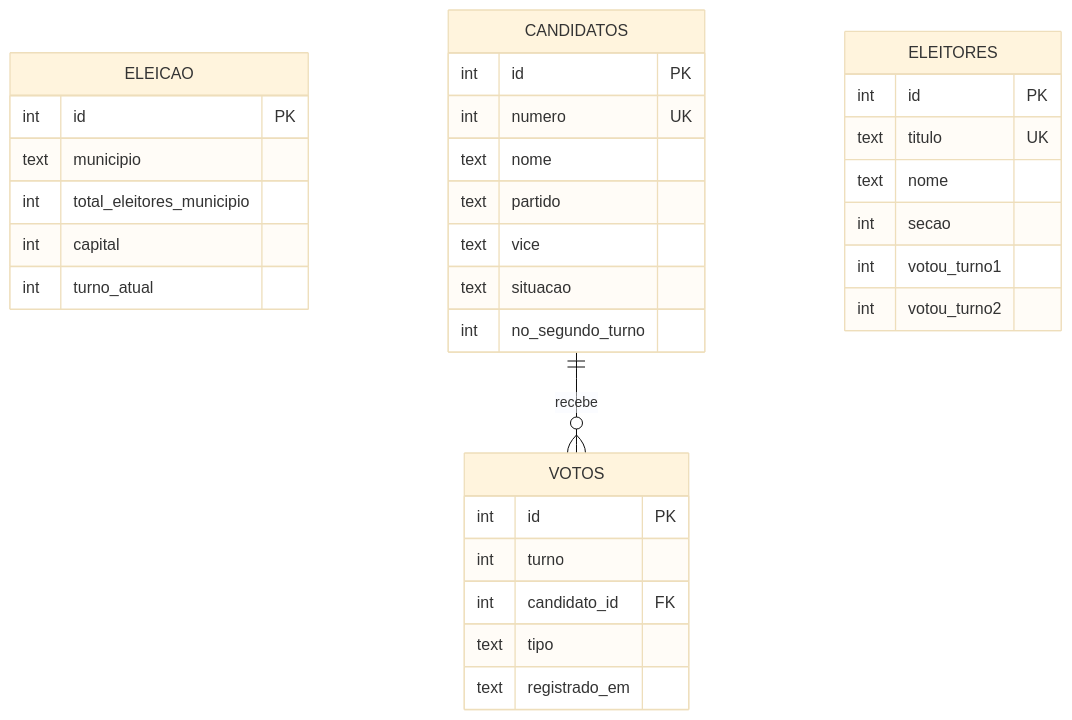
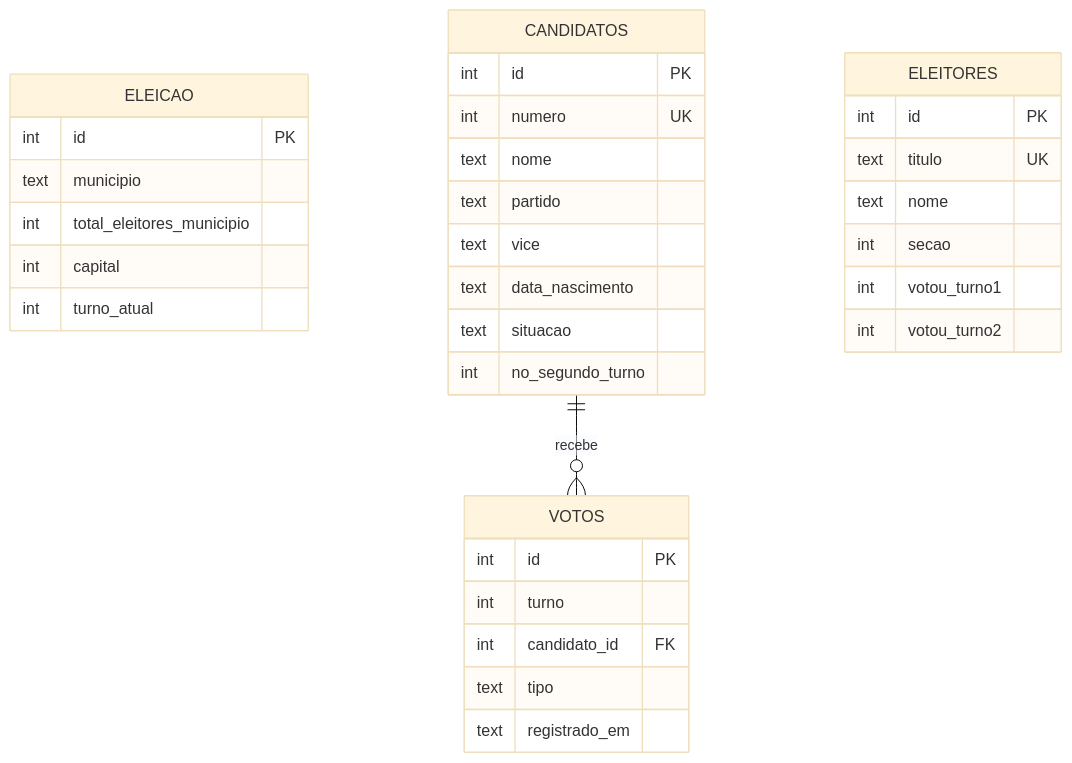
One commit to kauaxp77/Urna_eletronica changed the diagram in README.md. Above: the diagram before and after it, drawn with Mermaid (base theme). The commit also changed other lines of this file and 7 other files, not shown here.

````diff
--- a/README.md
+++ b/README.md
@@ -124,35 +139,36 @@
 ```mermaid
 erDiagram
     ELEICAO {
         int id PK
         text municipio
         int total_eleitores_municipio
         int capital
         int turno_atual
     }
     CANDIDATOS {
         int id PK
         int numero UK
         text nome
         text partido
         text vice
+        text data_nascimento
         text situacao
         int no_segundo_turno
     }
     ELEITORES {
         int id PK
         text titulo UK
         text nome
         int secao
         int votou_turno1
         int votou_turno2
     }
     VOTOS {
         int id PK
         int turno
         int candidato_id FK
         text tipo
         text registrado_em
     }
     CANDIDATOS ||--o{ VOTOS : recebe
 ```
````
